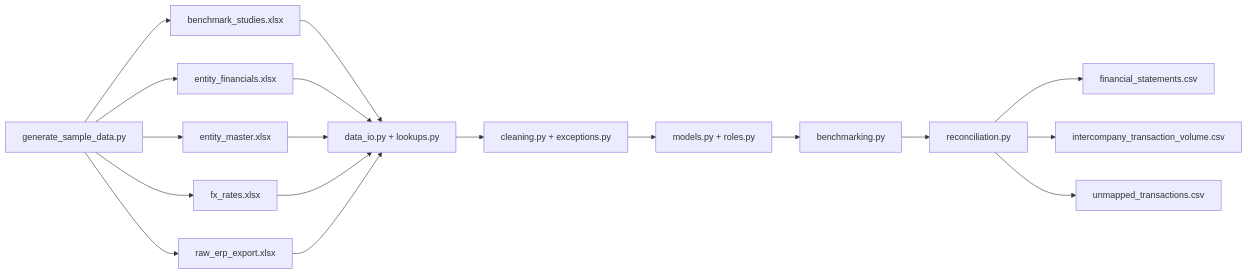
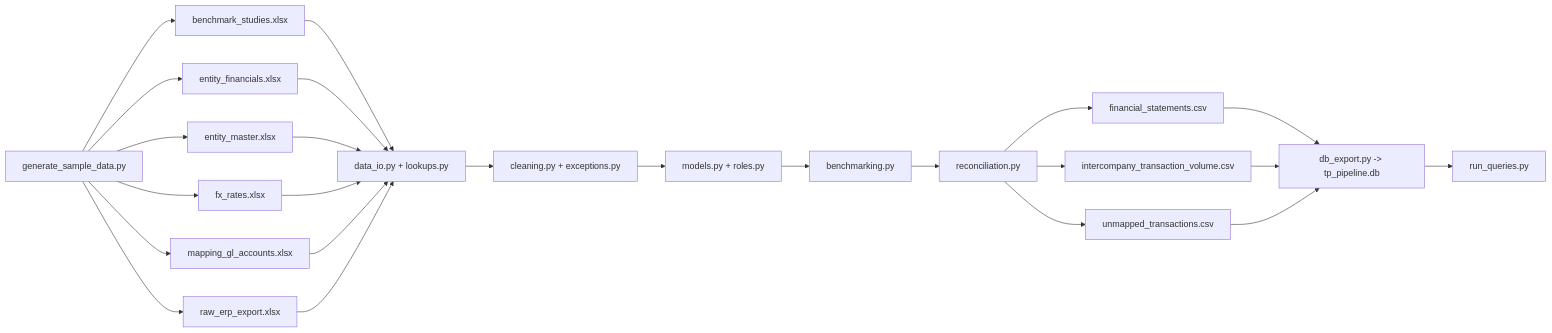
Before and after one commit to anhthotruong95-droid/transfer-pricing-pipeline: the diagram in README.md, drawn with Mermaid. The commit also changed other lines of this file, not shown here.

````diff
--- a/README.md
+++ b/README.md
@@ -56,23 +60,30 @@
 ```mermaid
 flowchart LR
     GENERATE_DATA["generate_sample_data.py"] --> EXCEL1["benchmark_studies.xlsx"]
     GENERATE_DATA["generate_sample_data.py"] --> EXCEL2["entity_financials.xlsx"]
     GENERATE_DATA["generate_sample_data.py"] --> EXCEL3["entity_master.xlsx"]
     GENERATE_DATA["generate_sample_data.py"] --> EXCEL4["fx_rates.xlsx"]
-    GENERATE_DATA["generate_sample_data.py"] --> EXCEL5["raw_erp_export.xlsx"]
+    GENERATE_DATA["generate_sample_data.py"] --> EXCEL5["mapping_gl_accounts.xlsx"]
+    GENERATE_DATA["generate_sample_data.py"] --> EXCEL6["raw_erp_export.xlsx"]
 
     EXCEL1 --> DATAIO_LOOKUPS["data_io.py + lookups.py"]
     EXCEL2 --> DATAIO_LOOKUPS
     EXCEL3 --> DATAIO_LOOKUPS
     EXCEL4 --> DATAIO_LOOKUPS
     EXCEL5 --> DATAIO_LOOKUPS
+    EXCEL6 --> DATAIO_LOOKUPS
 
     DATAIO_LOOKUPS --> CLEANING["cleaning.py + exceptions.py"]
     CLEANING --> MODELS_ROLES["models.py + roles.py"]
     MODELS_ROLES --> BENCHMARKING["benchmarking.py"]
-    BENCHMARKING --> RECONCILATION["reconciliation.py"]
+    BENCHMARKING --> RECONCILIATION["reconciliation.py"]
 
-    RECONCILATION --> CSV1["financial_statements.csv"]
-    RECONCILATION --> CSV2["intercompany_transaction_volume.csv"]
-    RECONCILATION --> CSV3["unmapped_transactions.csv"]
+    RECONCILIATION --> CSV1["financial_statements.csv"]
+    RECONCILIATION --> CSV2["intercompany_transaction_volume.csv"]
+    RECONCILIATION --> CSV3["unmapped_transactions.csv"]
+
+    CSV1 --> DB["db_export.py -> tp_pipeline.db"]
+    CSV2 --> DB
+    CSV3 --> DB
+    DB --> QUERIES["run_queries.py"]
 ```
````
